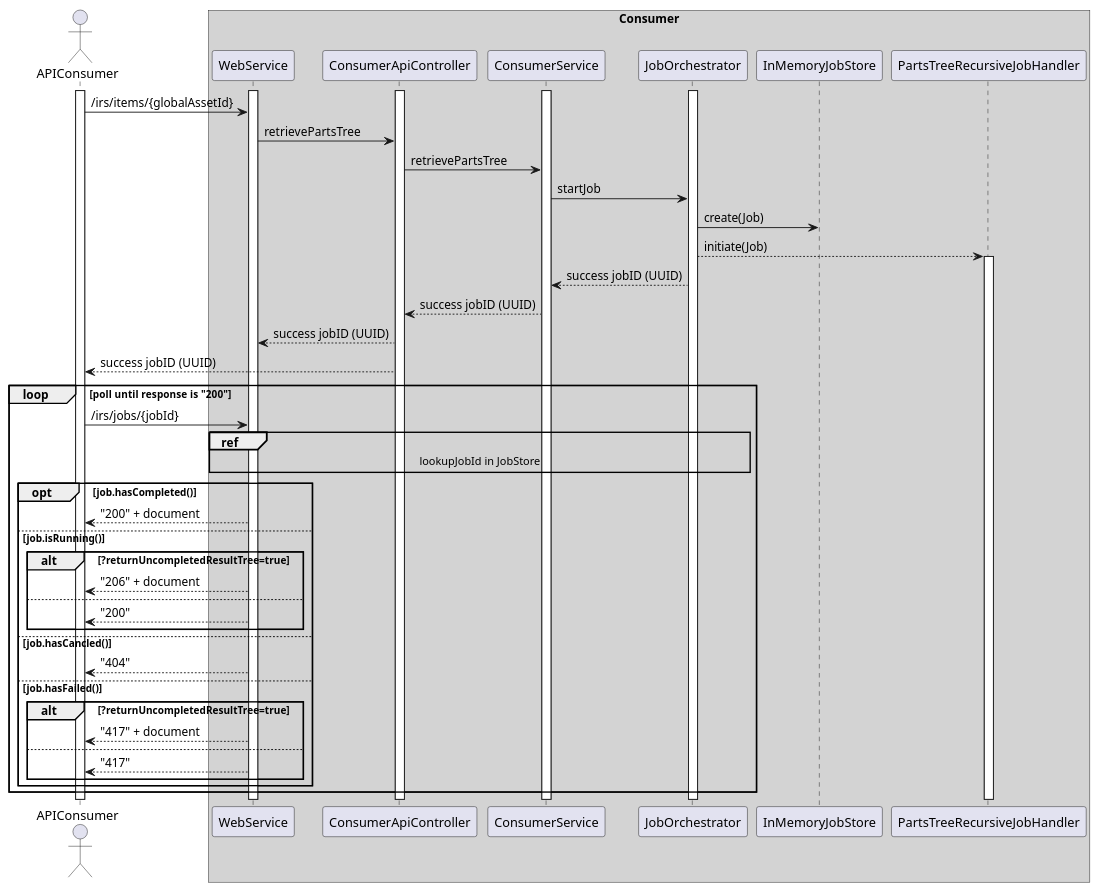
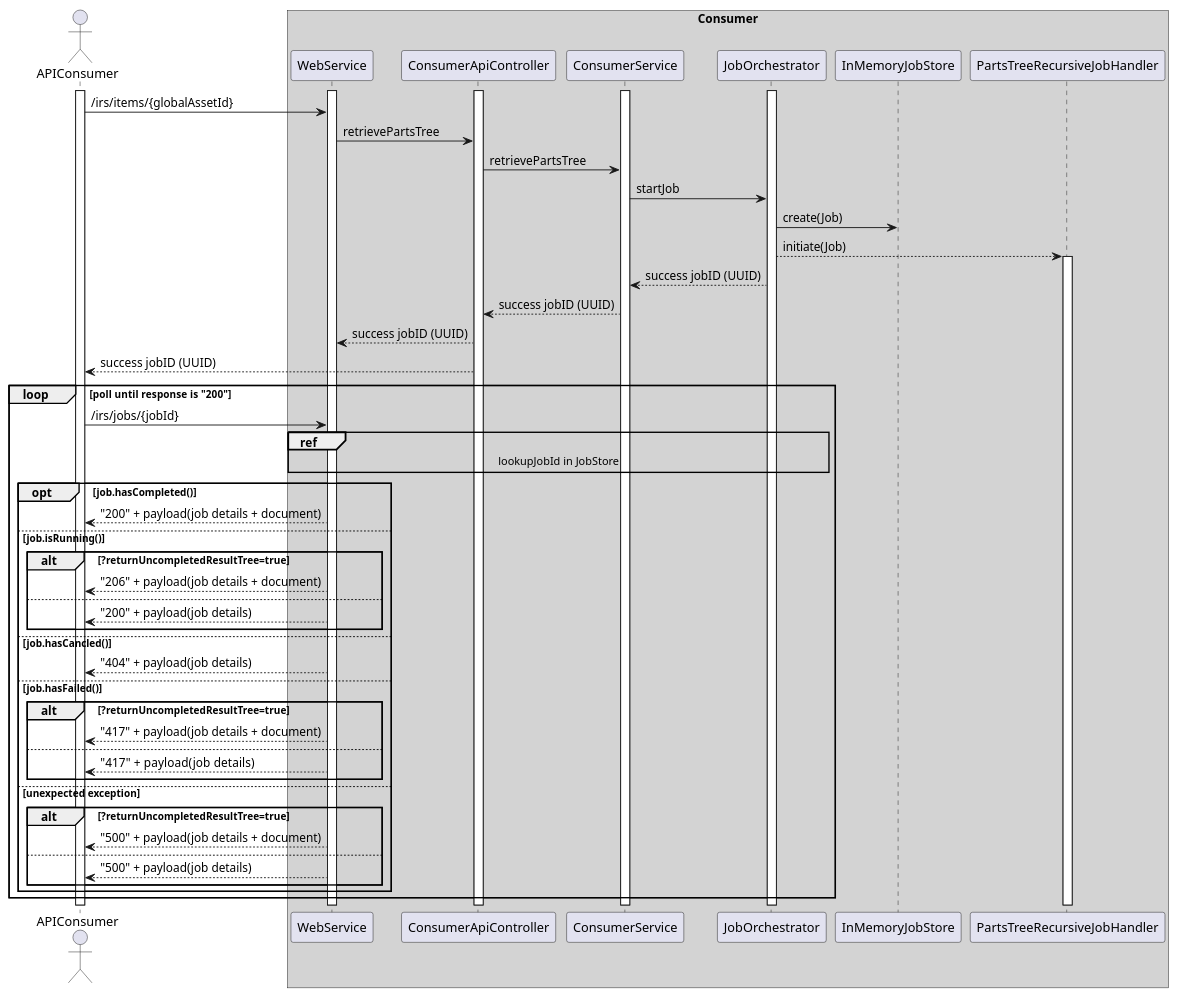
The diagram in uml-diagramms/api-call-asynchrous-sequence.puml (eclipse-tractusx/item-relationship-service), drawn with PlantUML before and after one commit. The commit also changed 1 other file, not shown here.

Commit message:
chore(uml):[TRI-306] create job uml diagram

```diff
--- a/uml-diagramms/api-call-asynchrous-sequence.puml
+++ b/uml-diagramms/api-call-asynchrous-sequence.puml
@@ -1,57 +1,63 @@
 @startuml
 skinparam shadowing false
 
 actor APIConsumer
 activate APIConsumer
 
 box "Consumer" #LightGrey
 participant WebService
 activate WebService
 participant ConsumerApiController
 activate ConsumerApiController
 participant ConsumerService
 activate ConsumerService
 participant JobOrchestrator
 activate JobOrchestrator
 
 APIConsumer -> WebService : /irs/items/{globalAssetId}
 WebService -> ConsumerApiController :  retrievePartsTree
 ConsumerApiController -> ConsumerService :  retrievePartsTree
 ConsumerService -> JobOrchestrator: startJob
 JobOrchestrator -> InMemoryJobStore: create(Job)
 
 JobOrchestrator --> PartsTreeRecursiveJobHandler: initiate(Job)
 activate PartsTreeRecursiveJobHandler
 
 ConsumerService <-- JobOrchestrator : success jobID (UUID)
 ConsumerApiController <-- ConsumerService : success jobID (UUID)
 WebService <-- ConsumerApiController : success jobID (UUID)
 APIConsumer <-- ConsumerApiController : success jobID (UUID)
 
 loop poll until response is  "200"
      APIConsumer -> WebService : /irs/jobs/{jobId}
 
      ref over WebService,  JobOrchestrator
         lookupJobId in JobStore
      end ref
      opt job.hasCompleted()
-            APIConsumer <-- WebService : "200" + document
+            APIConsumer <-- WebService : "200" + payload(job details + document)
      else job.isRunning()
            alt ?returnUncompletedResultTree=true
-             APIConsumer <-- WebService : "206" + document
+             APIConsumer <-- WebService : "206" + payload(job details + document)
            else
-             APIConsumer <-- WebService : "200"
+             APIConsumer <-- WebService : "200" + payload(job details)
             end alt
      else job.hasCancled()
-             APIConsumer <-- WebService : "404"
+             APIConsumer <-- WebService : "404" + payload(job details)
      else job.hasFailed()
         alt ?returnUncompletedResultTree=true
-            APIConsumer <-- WebService : "417" + document
+            APIConsumer <-- WebService : "417" + payload(job details + document)
         else
-            APIConsumer <-- WebService : "417"
+            APIConsumer <-- WebService : "417"  + payload(job details)
         end alt
+      else  unexpected exception
+        alt ?returnUncompletedResultTree=true
+            APIConsumer <-- WebService : "500" + payload(job details + document)
+        else
+           APIConsumer <-- WebService : "500" + payload(job details)
+           end alt
      end opt
 
 end loop
 
 @enduml
```
